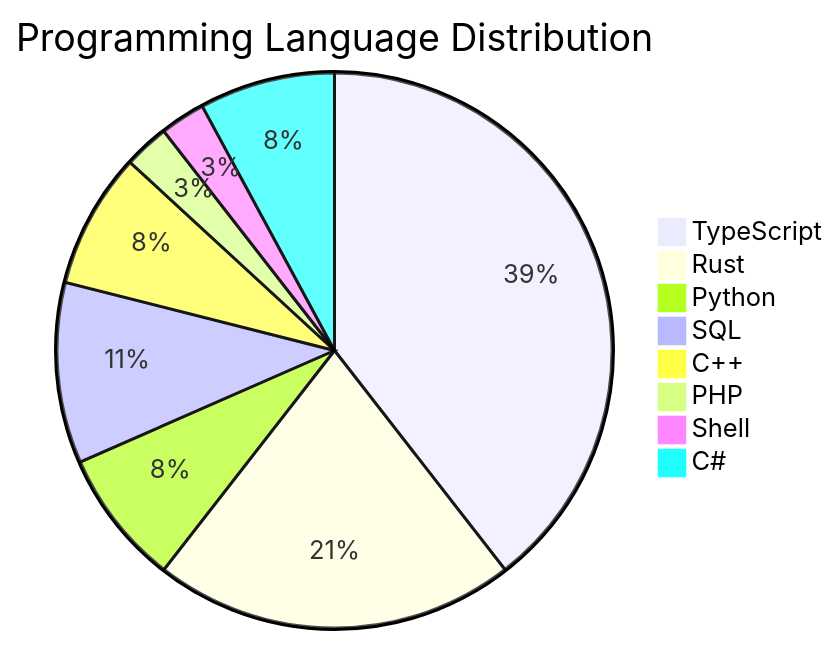
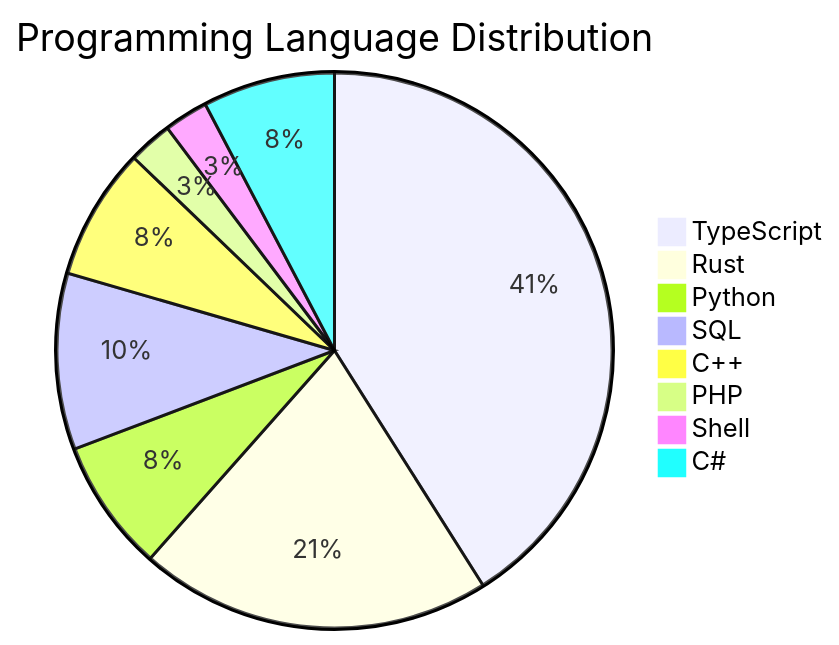
The second of 2 diagrams in JOURNAL.md (ernivani/leetcode-solutions), drawn with Mermaid before and after one commit. The commit also changed other lines of this file and 2 other files, not shown here.

Commit message:
Update JOURNAL.md and README.md to add a new entry for problem 1422: Maximum Score After Splitting a String with a corresponding TypeScript solution. Adjust problem difficulty and programming language distribution statistics to reflect the new entry. Ensure proper formatting throughout.

````diff
--- a/JOURNAL.md
+++ b/JOURNAL.md
@@ -57,11 +58,11 @@
 ```mermaid
 pie title Programming Language Distribution
-    "TypeScript" : 15
+    "TypeScript" : 16
     "Rust" : 8
     "Python" : 3
     "SQL" : 4
     "C++" : 3
     "PHP" : 1
     "Shell" : 1
     "C#" : 3
 ```
````
